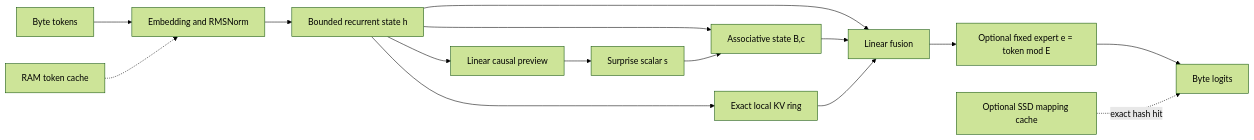
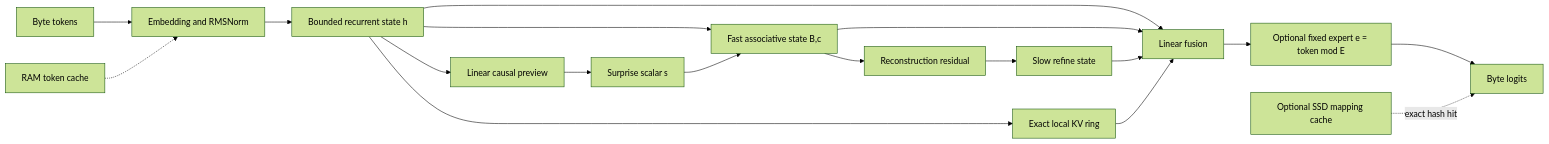
The diagram in docs/KOEMI_ARCHITECTURE.md (Koemi-AI/Koemi-1FPA), drawn with Mermaid (forest theme) before and after one commit. The commit also changed other lines of this file and 19 other files, not shown here.

````diff
--- a/docs/KOEMI_ARCHITECTURE.md
+++ b/docs/KOEMI_ARCHITECTURE.md
@@ -30,17 +31,20 @@
 ```mermaid
 flowchart LR
     Input[Byte tokens] --> Embed[Embedding and RMSNorm]
     Warm[RAM token cache] -.-> Embed
     Embed --> H[Bounded recurrent state h]
     H --> Preview[Linear causal preview]
     Preview --> S[Surprise scalar s]
-    H --> M[Associative state B,c]
+    H --> M[Fast associative state B,c]
+    M --> R[Reconstruction residual]
+    R --> SLOW[Slow refine state]
     S --> M
     H --> L[Exact local KV ring]
     H --> Fuse[Linear fusion]
     M --> Fuse
+    SLOW --> Fuse
     L --> Fuse
     Fuse --> E[Optional fixed expert e = token mod E]
     E --> Head[Byte logits]
     Disk[Optional SSD mapping cache] -. exact hash hit .-> Head
 ```
````
